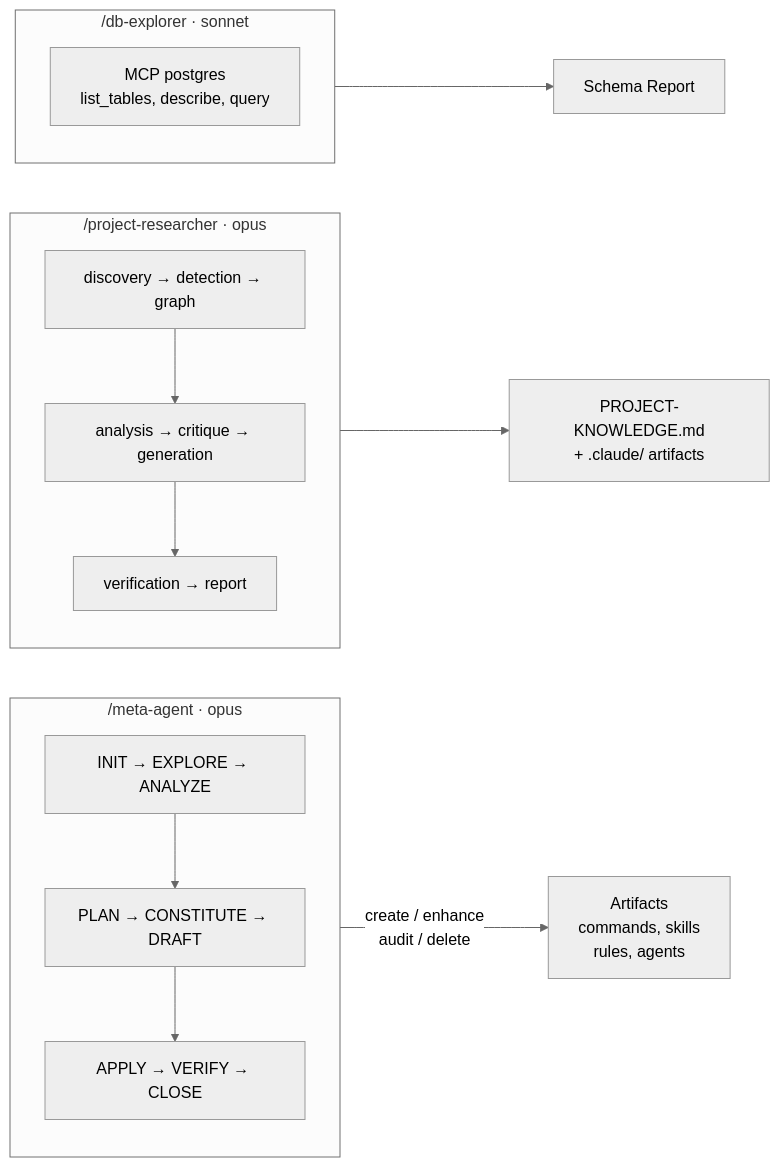
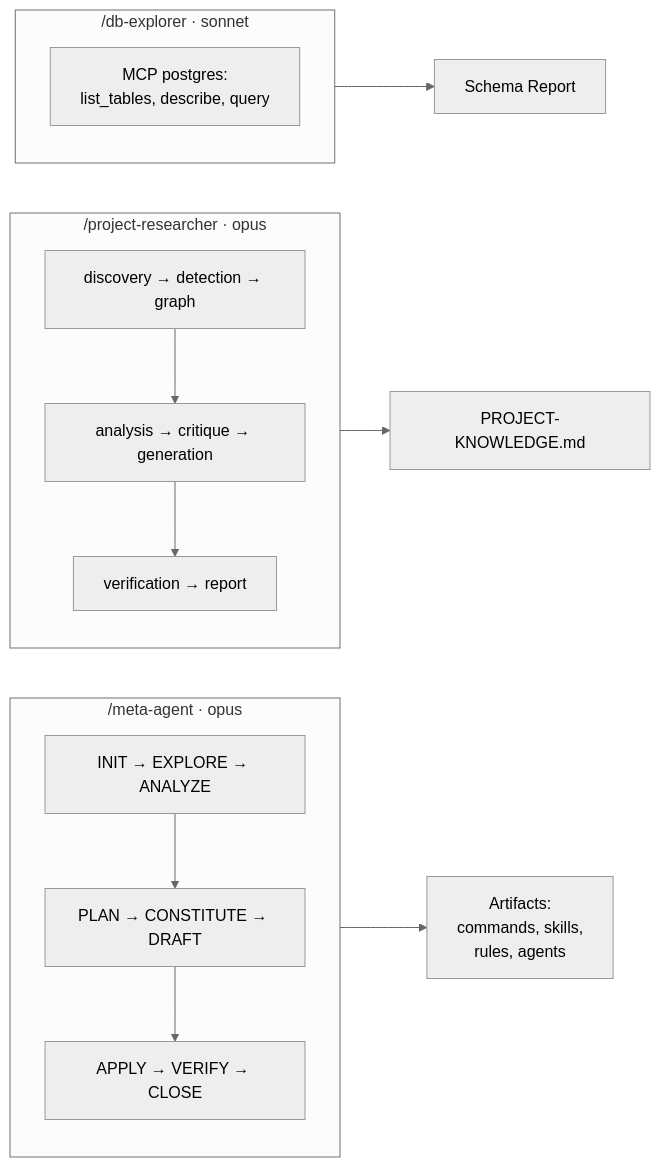
Before and after one commit to hex0xdeadbeef/claude-kit: the second of 4 diagrams in README.md, drawn with Mermaid (neutral theme). The commit also changed other lines of this file, not shown here.

````diff
--- a/README.md
+++ b/README.md
@@ -230,25 +206,19 @@
 ```mermaid
 flowchart LR
     subgraph META ["/meta-agent · opus"]
         direction TB
-        MA1[INIT → EXPLORE → ANALYZE]
-        MA2[PLAN → CONSTITUTE → DRAFT]
-        MA3[APPLY → VERIFY → CLOSE]
-        MA1 --> MA2 --> MA3
+        MA1["INIT → EXPLORE → ANALYZE"] --> MA2["PLAN → CONSTITUTE → DRAFT"] --> MA3["APPLY → VERIFY → CLOSE"]
     end
-    META -->|create / enhance<br/>audit / delete| ART[Artifacts<br/>commands, skills<br/>rules, agents]
+    META --> ART["Artifacts:<br/>commands, skills,<br/>rules, agents"]
 
     subgraph PROJ ["/project-researcher · opus"]
         direction TB
-        PR1[discovery → detection → graph]
-        PR2[analysis → critique → generation]
-        PR3[verification → report]
-        PR1 --> PR2 --> PR3
+        PR1["discovery → detection → graph"] --> PR2["analysis → critique → generation"] --> PR3["verification → report"]
     end
-    PROJ --> PK[PROJECT-KNOWLEDGE.md<br/>+ .claude/ artifacts]
+    PROJ --> PK["PROJECT-KNOWLEDGE.md"]
 
     subgraph DBE ["/db-explorer · sonnet"]
-        DB_TOOLS[MCP postgres<br/>list_tables, describe, query]
+        DB_TOOLS["MCP postgres:<br/>list_tables, describe, query"]
     end
-    DBE --> SCH[Schema Report]
+    DBE --> SCH["Schema Report"]
 ```
````
